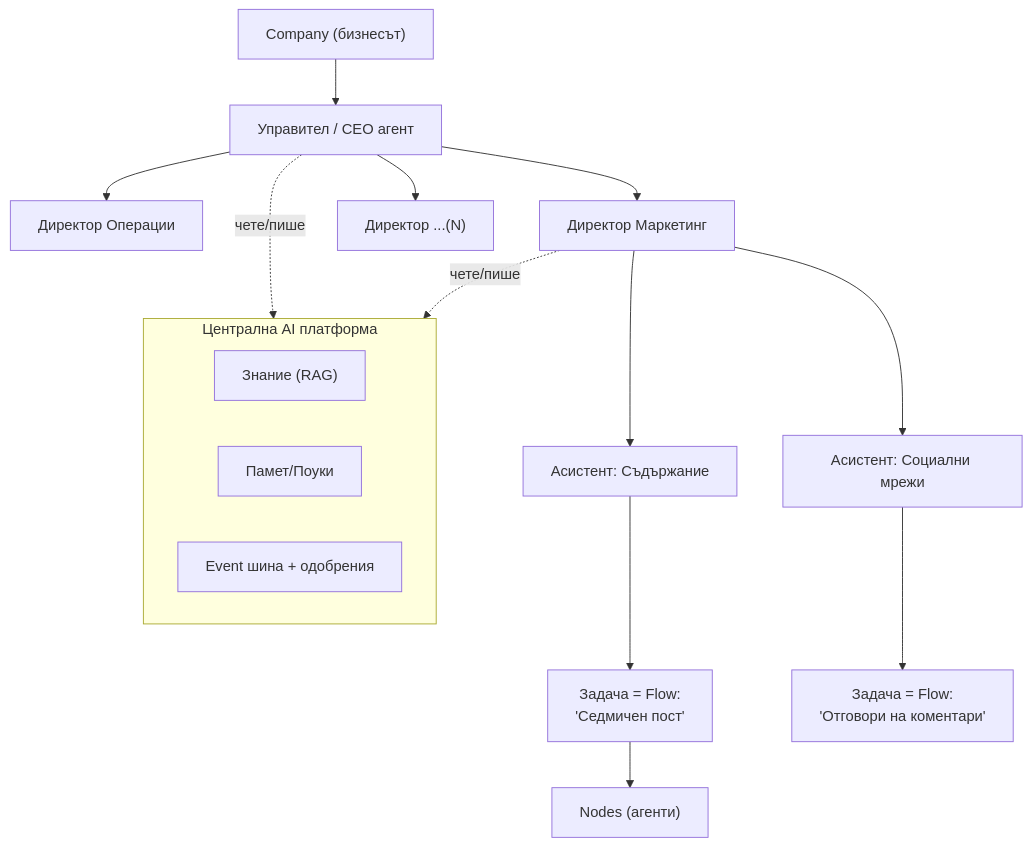
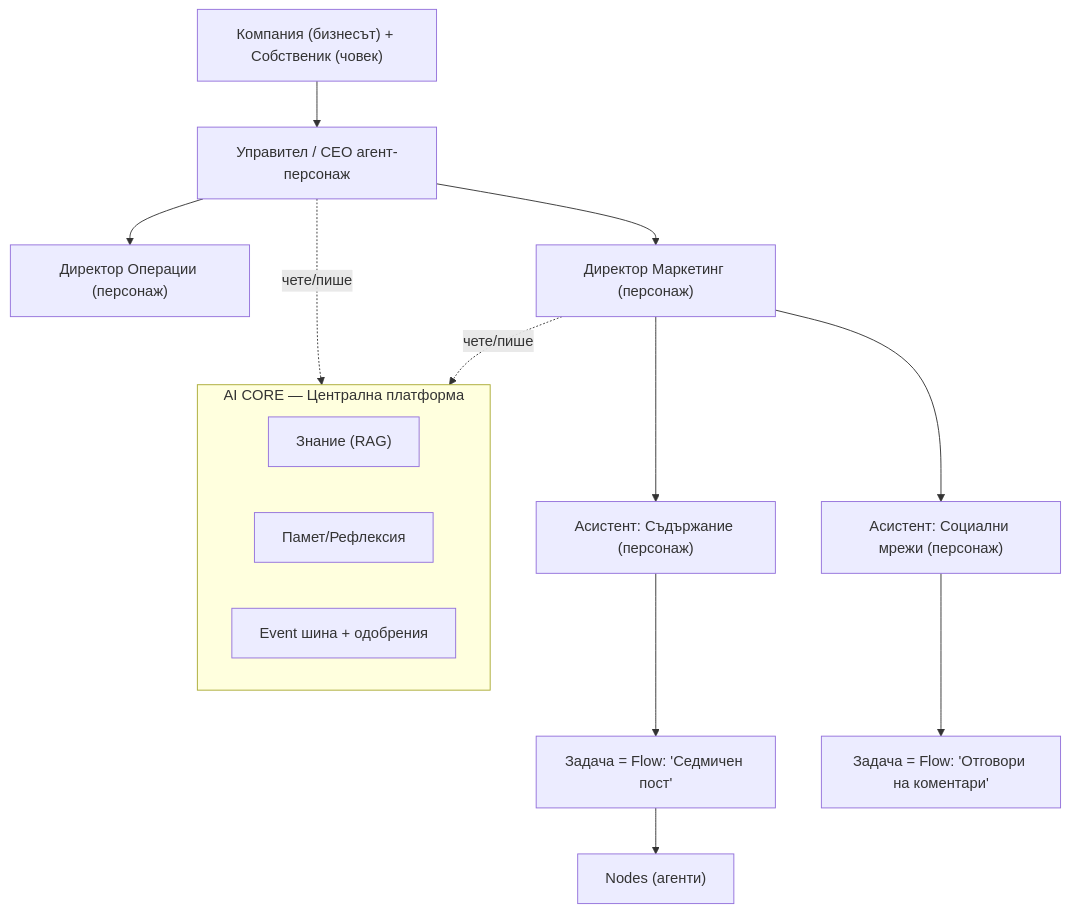
The second of 8 diagrams in docs/AI-ORGANIZATION-VISION.md (lstefanov/ai-agent-claude), drawn with Mermaid before and after one commit. The commit also changed other lines of this file and 7 other files, not shown here.

````diff
--- a/docs/AI-ORGANIZATION-VISION.md
+++ b/docs/AI-ORGANIZATION-VISION.md
@@ -70,19 +81,18 @@
 ```mermaid
 flowchart TD
-    Co["Company (бизнесът)"] --> M["Управител / CEO агент"]
-    M --> D1["Директор Операции"]
-    M --> D2["Директор Маркетинг"]
-    M --> D3["Директор ...(N)"]
-    D2 --> A1["Асистент: Съдържание"]
-    D2 --> A2["Асистент: Социални мрежи"]
-    A1 --> T1["Задача = Flow:<br/>'Седмичен пост'"]
-    A2 --> T2["Задача = Flow:<br/>'Отговори на коментари'"]
+    Co["Компания (бизнесът) + Собственик (човек)"] --> M["Управител / CEO агент-персонаж"]
+    M --> D1["Директор Операции (персонаж)"]
+    M --> D2["Директор Маркетинг (персонаж)"]
+    D2 --> A1["Асистент: Съдържание (персонаж)"]
+    D2 --> A2["Асистент: Социални мрежи (персонаж)"]
+    A1 --> T1["Задача = Flow: 'Седмичен пост'"]
+    A2 --> T2["Задача = Flow: 'Отговори на коментари'"]
     T1 --> N1["Nodes (агенти)"]
-    subgraph Platform["Централна AI платформа"]
+    subgraph Platform["AI CORE — Централна платформа"]
       K["Знание (RAG)"]
-      Mem["Памет/Поуки"]
+      Mem["Памет/Рефлексия"]
       Ev["Event шина + одобрения"]
     end
     M -.->|чете/пише| Platform
     D2 -.->|чете/пише| Platform
 ```
````
